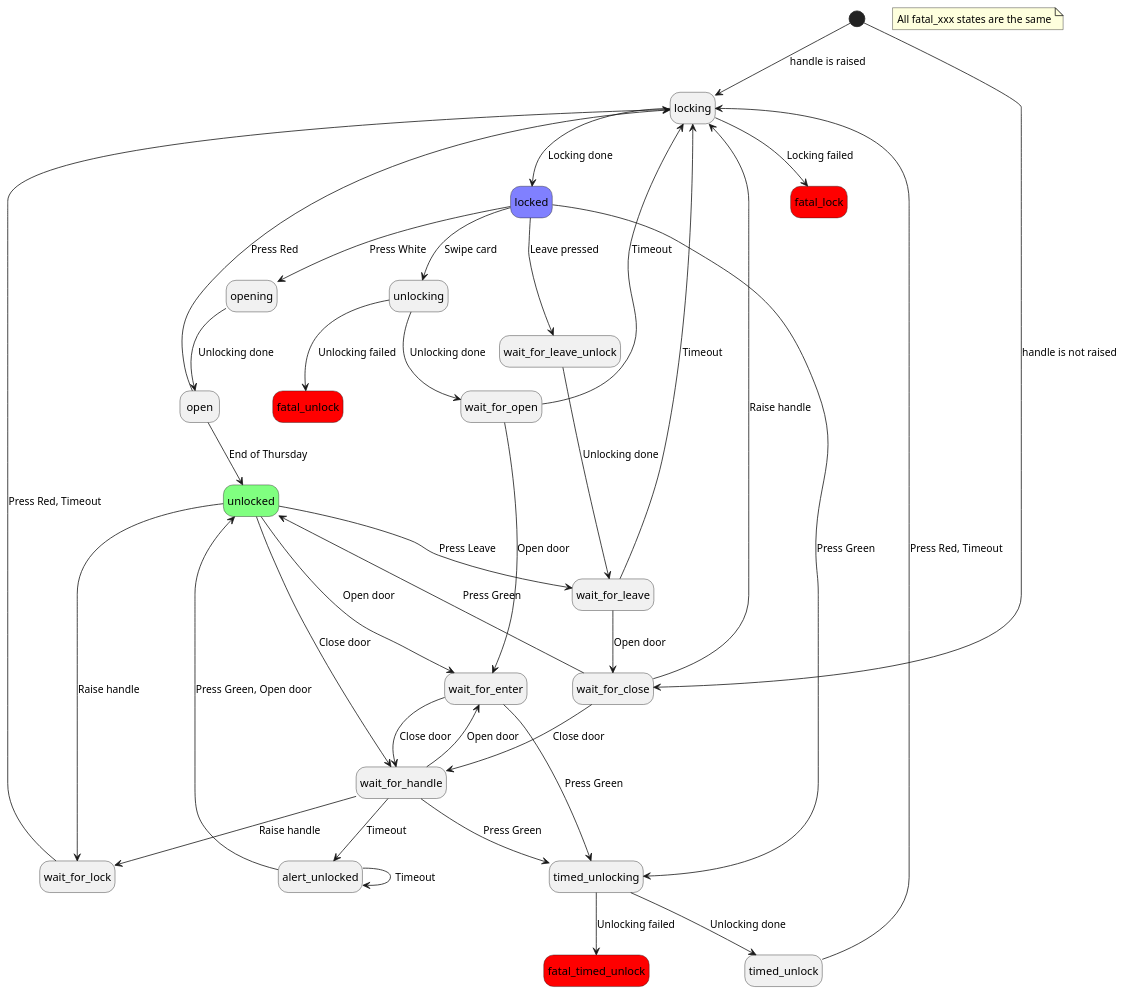
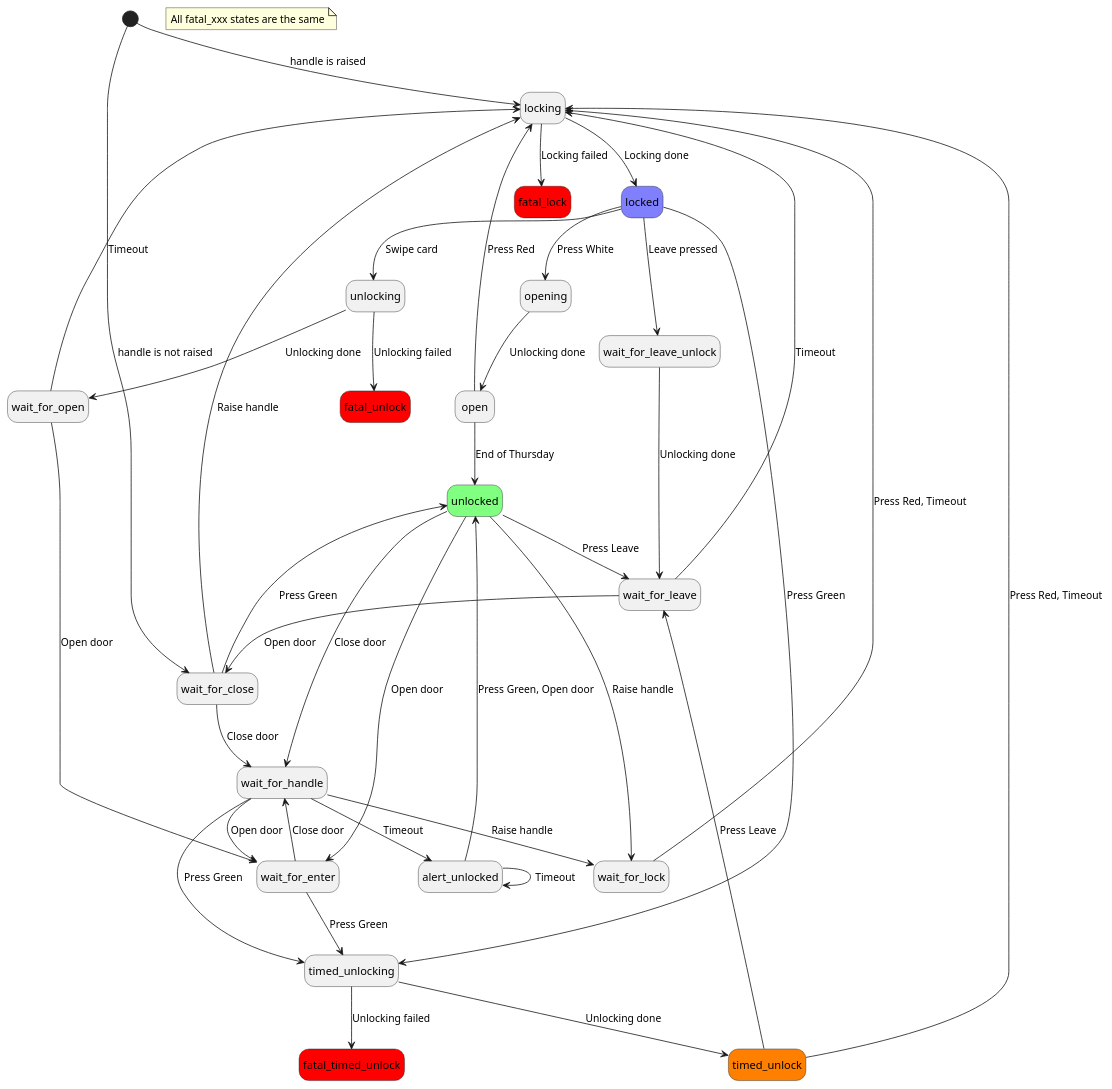
The diagram in ui/states.plantuml (bullestock/acsv2), drawn with PlantUML before and after one commit. The commit also changed 1 other file, not shown here.

Commit message:
Handle Leave in timed_unlock state.

```diff
--- a/ui/states.plantuml
+++ b/ui/states.plantuml
@@ -1,50 +1,52 @@
 @startuml
 hide empty description
 
 state fatal_lock #ff0000
 state fatal_unlock #ff0000
 state fatal_timed_unlock #ff0000
 
 note "All fatal_xxx states are the same" as fatal_note
 
 state locked #8080ff
 state unlocked #80ff80
+state timed_unlock #ff8000
 
 [*] --> locking: handle is raised
 [*] --> wait_for_close: handle is not raised
 alert_unlocked --> alert_unlocked: Timeout
 alert_unlocked --> unlocked: Press Green, Open door
 locked --> opening: Press White
 locked --> timed_unlocking: Press Green
 locked --> unlocking: Swipe card
 locked --> wait_for_leave_unlock: Leave pressed
 locking --> fatal_lock: Locking failed
 locking --> locked: Locking done
 open --> locking: Press Red
 open --> unlocked: End of Thursday
 opening --> open: Unlocking done
 timed_unlock --> locking: Press Red, Timeout
+timed_unlock --> wait_for_leave: Press Leave
 timed_unlocking --> fatal_timed_unlock: Unlocking failed
 timed_unlocking --> timed_unlock: Unlocking done
 unlocked --> wait_for_enter: Open door
 unlocked --> wait_for_handle: Close door
 unlocked --> wait_for_leave: Press Leave
 unlocked --> wait_for_lock: Raise handle
 unlocking --> fatal_unlock: Unlocking failed
 unlocking --> wait_for_open: Unlocking done
 wait_for_close --> locking: Raise handle
 wait_for_close --> unlocked: Press Green
 wait_for_close --> wait_for_handle: Close door
 wait_for_enter --> timed_unlocking: Press Green
 wait_for_enter --> wait_for_handle: Close door
 wait_for_handle --> alert_unlocked: Timeout
 wait_for_handle --> timed_unlocking: Press Green
 wait_for_handle --> wait_for_enter: Open door
 wait_for_handle --> wait_for_lock: Raise handle
 wait_for_leave --> locking: Timeout
 wait_for_leave --> wait_for_close: Open door
 wait_for_leave_unlock --> wait_for_leave: Unlocking done
 wait_for_lock --> locking: Press Red, Timeout
 wait_for_open --> locking: Timeout
 wait_for_open --> wait_for_enter: Open door
 @enduml
```
